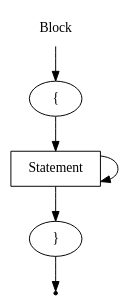
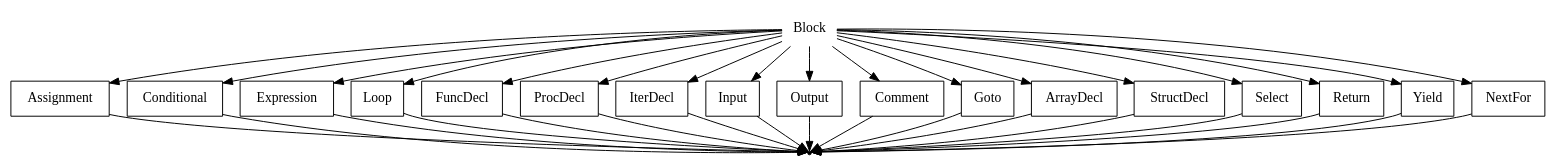
One commit to EgorGoluzin/DSL changed the diagram in PSECO_NEW/wirth/Block.gv. Above: the diagram before and after it, drawn with Graphviz. The commit also changed 7 other files, not shown here.

```diff
--- a/PSECO_NEW/wirth/Block.gv
+++ b/PSECO_NEW/wirth/Block.gv
@@ -1,12 +1,40 @@
-digraph BLOCK {
+digraph Block {
   start [label="Block" shape=plaintext];
-  A [label="{" shape=oval];
-  B [label="Statement" shape=box];
-  C [label="}" shape=oval];
   end [label="" shape=point];
-  start -> A;
-  A -> B;
-  B -> B;
-  B -> C;
-  C -> end;
+
+  A [label="Assignment" shape=box];
+  B [label="Conditional" shape=box];
+  C [label="Expression" shape=box];
+  D [label="Loop" shape=box];
+  E [label="FuncDecl" shape=box];
+  F [label="ProcDecl" shape=box];
+  G [label="IterDecl" shape=box];
+  H [label="Input" shape=box];
+  I [label="Output" shape=box];
+  J [label="Comment" shape=box];
+  K [label="Goto" shape=box];
+  L [label="ArrayDecl" shape=box];
+  M [label="StructDecl" shape=box];
+  N [label="Select" shape=box];
+  O [label="Return" shape=box];
+  P [label="Yield" shape=box];
+  Q [label="NextFor" shape=box];
+
+  start -> A; A -> end;
+  start -> B; B -> end;
+  start -> C; C -> end;
+  start -> D; D -> end;
+  start -> E; E -> end;
+  start -> F; F -> end;
+  start -> G; G -> end;
+  start -> H; H -> end;
+  start -> I; I -> end;
+  start -> J; J -> end;
+  start -> K; K -> end;
+  start -> L; L -> end;
+  start -> M; M -> end;
+  start -> N; N -> end;
+  start -> O; O -> end;
+  start -> P; P -> end;
+  start -> Q; Q -> end;
 }
```
